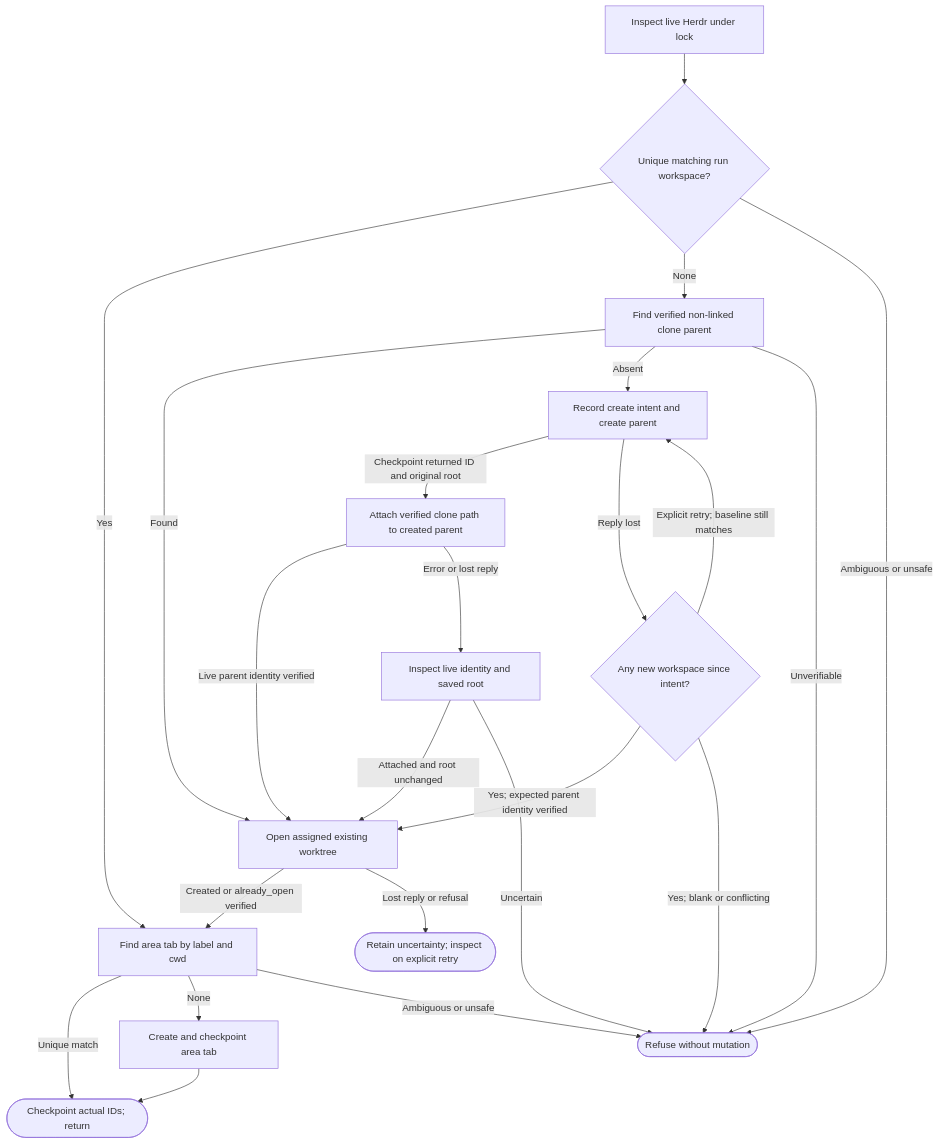
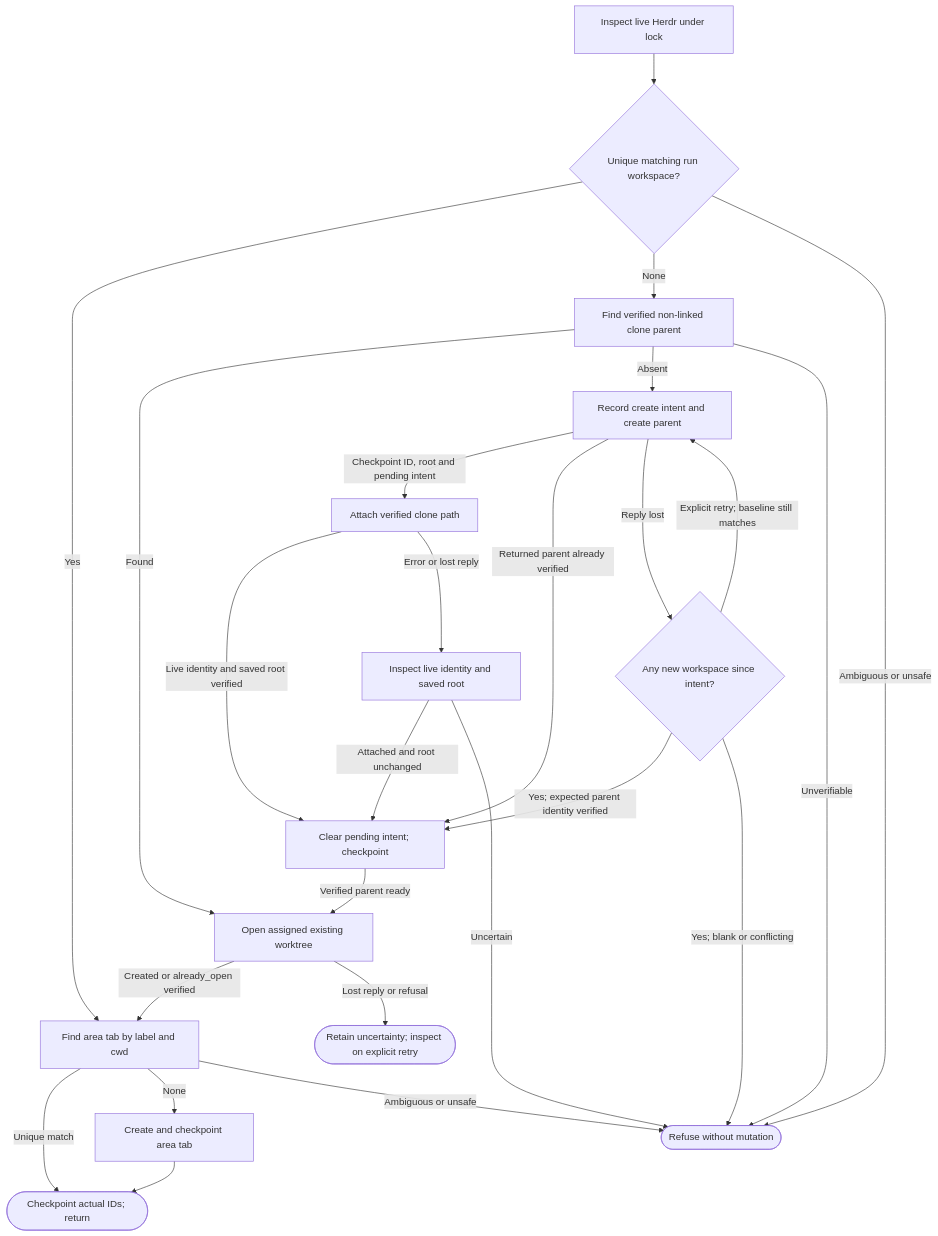
The diagram in prompts/cli/workflow-herdr-layout.prompt.md (promptdriven/pdd), drawn with Mermaid before and after one commit. The commit also changed other lines of this file and 2 other files, not shown here.

Commit message:
Fix stale Herdr parent custody retry

````diff
--- a/prompts/cli/workflow-herdr-layout.prompt.md
+++ b/prompts/cli/workflow-herdr-layout.prompt.md
@@ -13,25 +13,27 @@
 ```mermaid
 flowchart TD
     I[Inspect live Herdr under lock] --> R{Unique matching run workspace?}
     R -->|Yes| T[Find area tab by label and cwd]
     R -->|None| P[Find verified non-linked clone parent]
     R -->|Ambiguous or unsafe| F([Refuse without mutation])
     P -->|Found| O[Open assigned existing worktree]
     P -->|Absent| C[Record create intent and create parent]
     P -->|Unverifiable| F
-    C -->|Checkpoint returned ID and original root| A1[Attach verified clone path to created parent]
-    A1 -->|Live parent identity verified| O
+    C -->|Checkpoint ID, root and pending intent| A1[Attach verified clone path]
+    C -->|Returned parent already verified| AC
+    A1 -->|Live identity and saved root verified| AC[Clear pending intent; checkpoint]
+    AC -->|Verified parent ready| O
     A1 -->|Error or lost reply| V[Inspect live identity and saved root]
-    V -->|Attached and root unchanged| O
+    V -->|Attached and root unchanged| AC
     V -->|Uncertain| F
     C -->|Reply lost| Z{Any new workspace since intent?}
     Z -->|Explicit retry; baseline still matches| C
-    Z -->|Yes; expected parent identity verified| O
+    Z -->|Yes; expected parent identity verified| AC
     Z -->|Yes; blank or conflicting| F
     O -->|Created or already_open verified| T
     O -->|Lost reply or refusal| U([Retain uncertainty; inspect on explicit retry])
     T -->|Unique match| A([Checkpoint actual IDs; return])
     T -->|None| N[Create and checkpoint area tab]
     T -->|Ambiguous or unsafe| F
     N --> A
 ```
````
